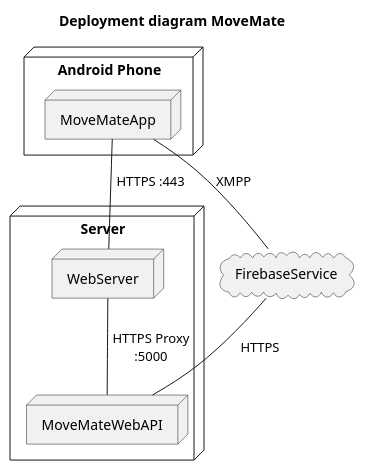
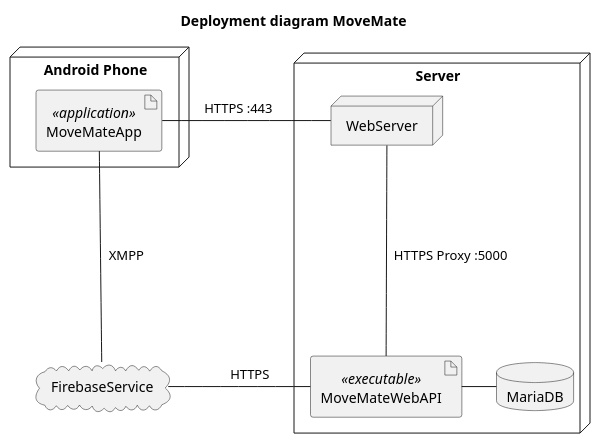
Before and after one commit to johnnybakker/MoveMateWebApi: the diagram in Diagrams/DeploymentDiagram.puml, drawn with PlantUML.

Commit message:
Updated deployment diagram

```diff
--- a/Diagrams/DeploymentDiagram.puml
+++ b/Diagrams/DeploymentDiagram.puml
@@ -1,28 +1,35 @@
 @startuml DeploymentDiagramMoveMate
 
 	title Deployment diagram MoveMate
 
+
+
 	node "Android Phone" as Client {
-		node MoveMateApp
+		artifact MoveMateApp <<application>>
 	}
 
 	cloud FirebaseService
 
 	node Server {
 
 
 		node WebServer
-		node MoveMateWebAPI
+		artifact MoveMateWebAPI <<executable>>
 
-		WebServer -- MoveMateWebAPI : " HTTPS Proxy\n :5000"
+		database MariaDB
+
+		WebServer --down-- MoveMateWebAPI : "  HTTPS Proxy :5000"
+		MoveMateWebAPI --right-- MariaDB
 
 	}
 
 
-	MoveMateApp -- FirebaseService : "XMPP"
-	MoveMateApp -- WebServer : " HTTPS :443 "
-	MoveMateWebAPI --left-- FirebaseService : " HTTPS"
+
+
+	MoveMateApp --down-- FirebaseService : "  XMPP"
+	MoveMateApp --right-- WebServer : "       HTTPS :443            "
+	MoveMateWebAPI --left-- FirebaseService : "             HTTPS       "
 
 
 
 @enduml
```
